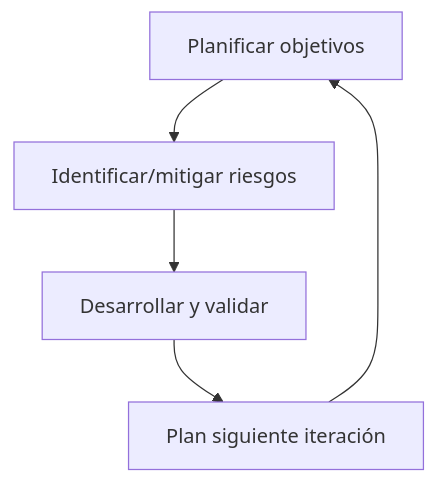
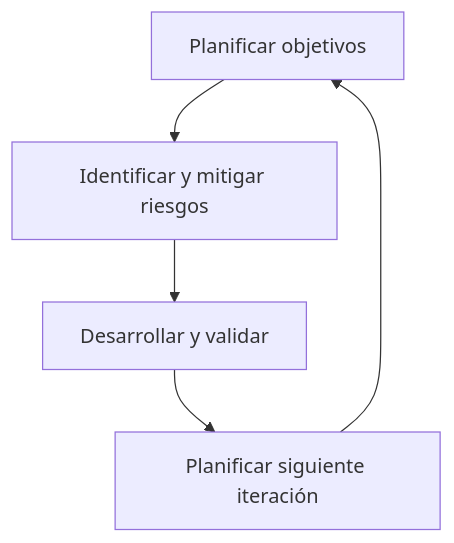
The tenth of 10 diagrams in docs/tema1/fases.md (aitorventura/entornos-de-desarrollo), drawn with Mermaid before and after one commit. The commit also changed other lines of this file and 348 other files, not shown here.

````diff
--- a/docs/tema1/fases.md
+++ b/docs/tema1/fases.md
@@ -851,7 +592,7 @@
 ```mermaid
 flowchart TD
-  P[Planificar objetivos] --> R[Identificar/mitigar riesgos]
+  P[Planificar objetivos] --> R[Identificar y mitigar riesgos]
   R --> D[Desarrollar y validar]
-  D --> N[Plan siguiente iteración]
+  D --> N[Planificar siguiente iteración]
   N --> P
 ```
````
